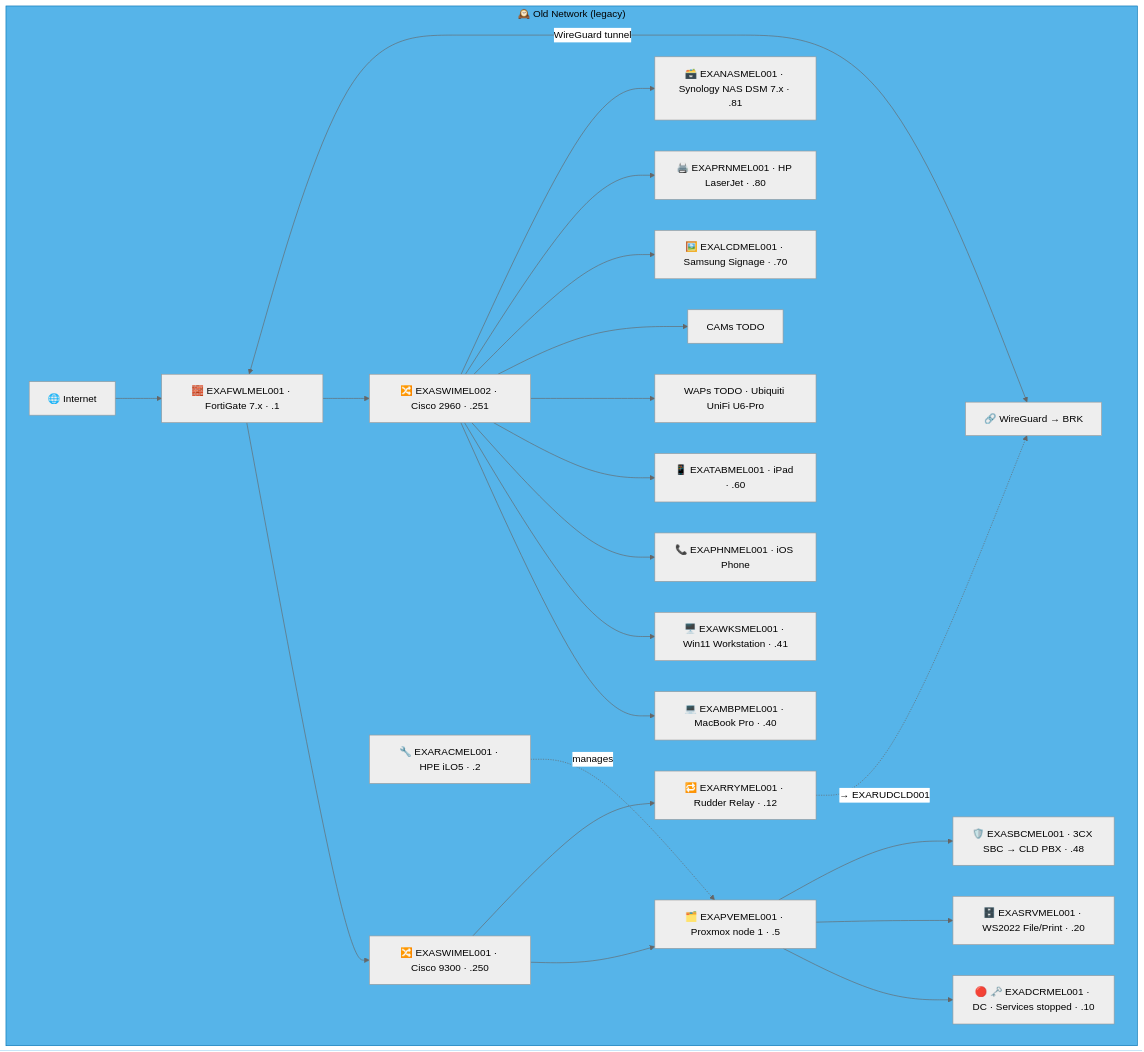
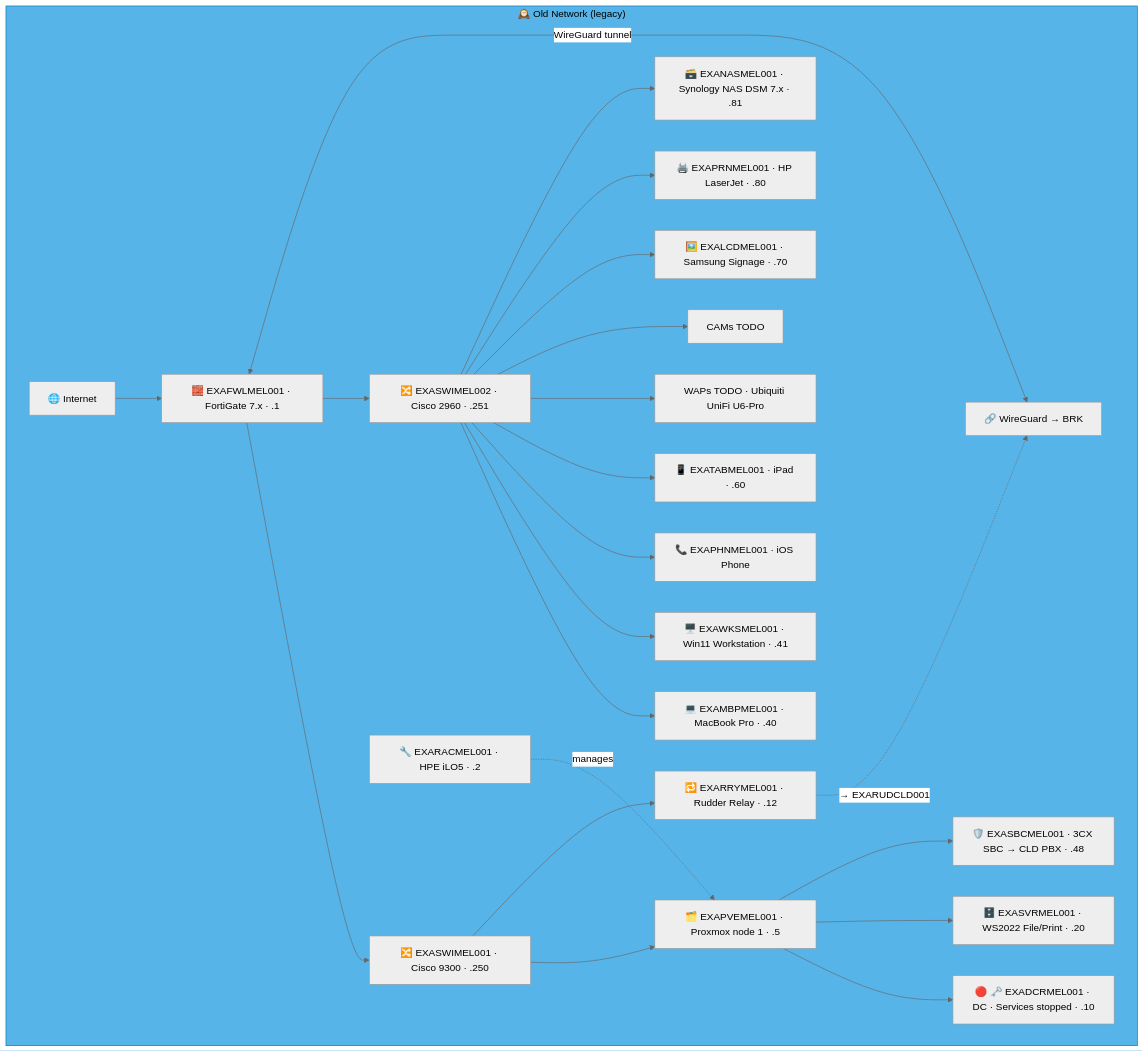
Before and after one commit to knightmare2600/example_music_infra: the fifth of 6 diagrams in docs/network-diagram/australia.md, drawn with Mermaid (neutral theme). The commit also changed other lines of this file and 44 other files, not shown here.

````diff
--- a/docs/network-diagram/australia.md
+++ b/docs/network-diagram/australia.md
@@ -270,36 +270,36 @@
 ```mermaid
 graph TD
     subgraph OLD_MEL ["🕰️ Old Network (legacy)"]
       INET["🌐 Internet"]
       FWL["🧱 EXAFWLMEL001 · FortiGate 7.x · .1"]
       SW1["🔀 EXASWIMEL001 · Cisco 9300 · .250"]
       SW2["🔀 EXASWIMEL002 · Cisco 2960 · .251"]
       RAC["🔧 EXARACMEL001 · HPE iLO5 · .2"]
       PVE["🗂️ EXAPVEMEL001 · Proxmox node 1 · .5"]
       DC["🔴 🗝️ EXADCRMEL001 · DC · Services stopped · .10"]
-      SRV["🗄️ EXASRVMEL001 · WS2022 File/Print · .20"]
+      SRV["🗄️ EXASVRMEL001 · WS2022 File/Print · .20"]
       SBC["🛡️ EXASBCMEL001 · 3CX SBC → CLD PBX · .48"]
       RRY["🔁 EXARRYMEL001 · Rudder Relay · .12"]
       MBP["💻 EXAMBPMEL001 · MacBook Pro · .40"]
       WKS["🖥️ EXAWKSMEL001 · Win11 Workstation · .41"]
       PHN["📞 EXAPHNMEL001 · iOS Phone"]
       TAB["📱 EXATABMEL001 · iPad · .60"]
       WAP["WAPs TODO · Ubiquiti UniFi U6-Pro"]
       CAM["CAMs TODO"]
       LCD["🖼️ EXALCDMEL001 · Samsung Signage · .70"]
       PRN["🖨️ EXAPRNMEL001 · HP LaserJet · .80"]
       NAS["🗃️ EXANASMEL001 · Synology NAS DSM 7.x · .81"]
       VPN["🔗 WireGuard → BRK"]
 
       INET --> FWL --> SW1 & SW2
       SW1 --> PVE --> DC & SRV & SBC
       RAC -.->|"manages"| PVE
       SW2 --> MBP & WKS & PHN & TAB & WAP & CAM
       SW2 --> LCD & PRN & NAS
       FWL <-->|"WireGuard tunnel"| VPN
 
       SW1 --> RRY
       RRY -. "→ EXARUDCLD001" .-> VPN
     end
     style OLD_MEL fill:#56B4E9,stroke:#0072B2,color:#000000
 ```
````
